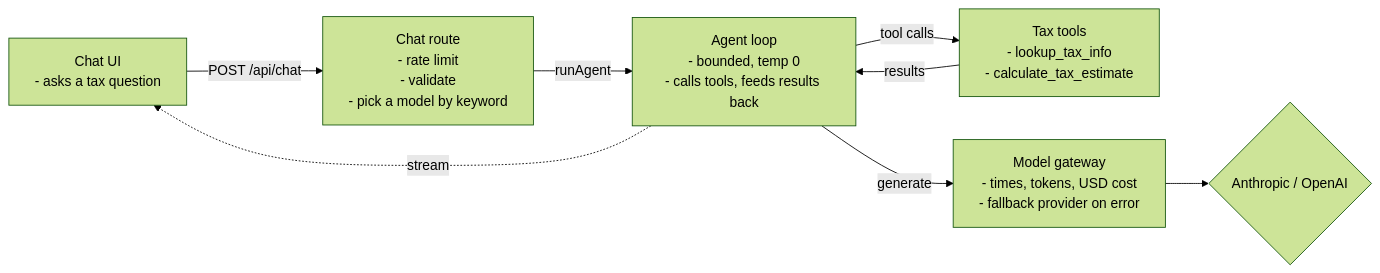
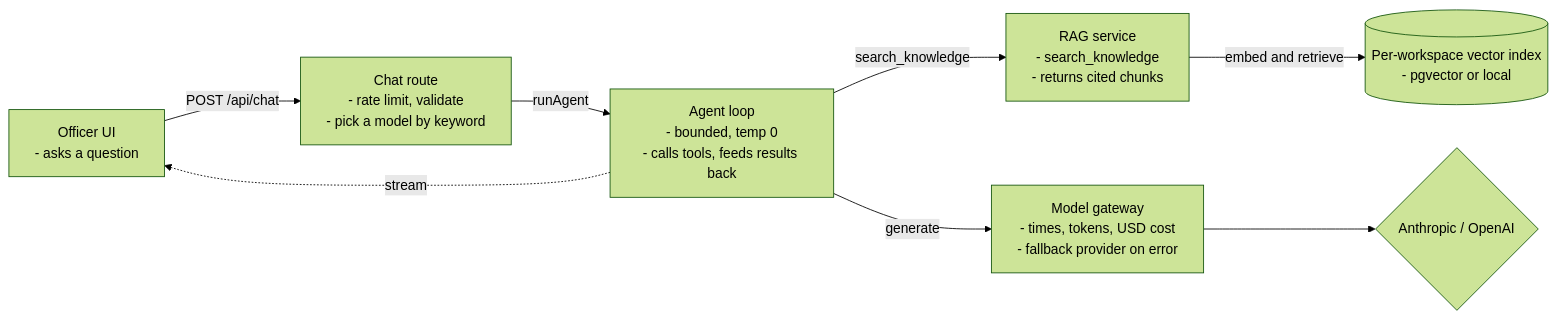
The first of 6 diagrams in README.md (elleskay/ai-tax-assistant-platform), drawn with Mermaid (forest theme) before and after one commit. The commit also changed other lines of this file and 122 other files, not shown here.

````diff
--- a/README.md
+++ b/README.md
@@ -128,16 +136,17 @@
 ```mermaid
 flowchart LR
-  UI["Chat UI<br/>- asks a tax question"]
-  API["Chat route<br/>- rate limit<br/>- validate<br/>- pick a model by keyword"]
+  UI["Officer UI<br/>- asks a question"]
+  API["Chat route<br/>- rate limit, validate<br/>- pick a model by keyword"]
   Agent["Agent loop<br/>- bounded, temp 0<br/>- calls tools, feeds results back"]
-  Tools["Tax tools<br/>- lookup_tax_info<br/>- calculate_tax_estimate"]
   GW["Model gateway<br/>- times, tokens, USD cost<br/>- fallback provider on error"]
   Prov{"Anthropic / OpenAI"}
+  RAG["RAG service<br/>- search_knowledge<br/>- returns cited chunks"]
+  VEC[("Per-workspace vector index<br/>- pgvector or local")]
   UI -->|"POST /api/chat"| API
   API -->|runAgent| Agent
-  Agent -->|tool calls| Tools
-  Tools -->|results| Agent
+  Agent -->|search_knowledge| RAG
+  RAG -->|"embed and retrieve"| VEC
   Agent -->|generate| GW
   GW --> Prov
   Agent -.stream.-> UI
 ```
````
